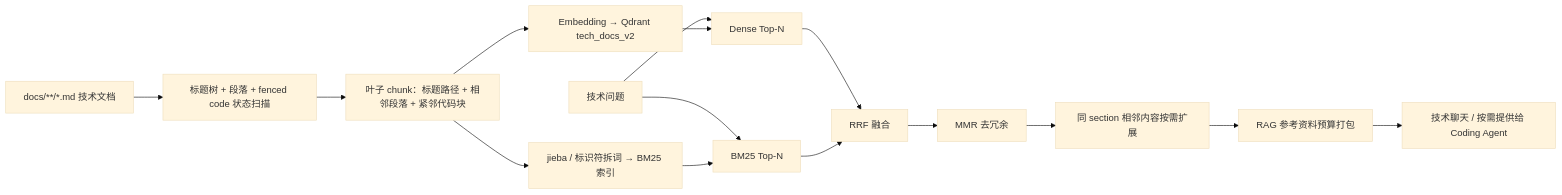
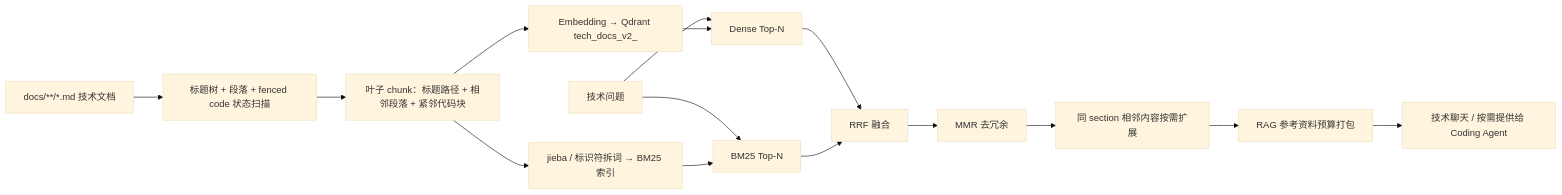
The third of 5 diagrams in docs/coding-agent技术设计.md (ddding778/multiply-jump-RAG-agent), drawn with Mermaid (base theme) before and after one commit. The commit also changed other lines of this file and 26 other files, not shown here.

````diff
--- a/docs/coding-agent技术设计.md
+++ b/docs/coding-agent技术设计.md
@@ -103,17 +103,17 @@
 ```mermaid
 flowchart LR
     MD["docs/**/*.md 技术文档"] --> SC["标题树 + 段落 + fenced code 状态扫描"]
     SC --> LEAF["叶子 chunk：标题路径 + 相邻段落 + 紧邻代码块"]
-    LEAF --> DENSE["Embedding → Qdrant tech_docs_v2"]
+    LEAF --> DENSE["Embedding → Qdrant tech_docs_v2_<index_version>"]
     LEAF --> BM25["jieba / 标识符拆词 → BM25 索引"]
     Q["技术问题"] --> DQ["Dense Top-N"]
     Q --> BQ["BM25 Top-N"]
     DENSE --> DQ
     BM25 --> BQ
     DQ --> RRF["RRF 融合"]
     BQ --> RRF
     RRF --> MMR["MMR 去冗余"]
     MMR --> NP["同 section 相邻内容按需扩展"]
     NP --> CP["RAG 参考资料预算打包"]
     CP --> CH["技术聊天 / 按需提供给 Coding Agent"]
 ```
````
